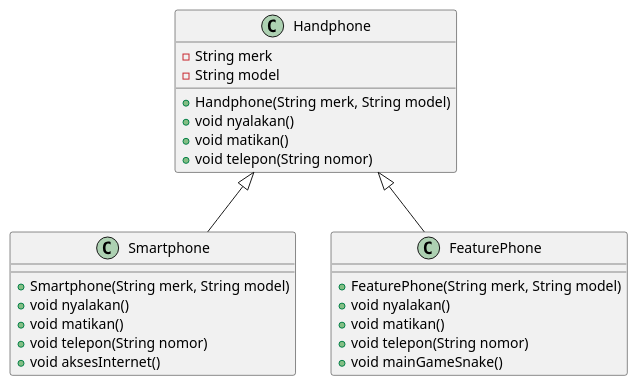
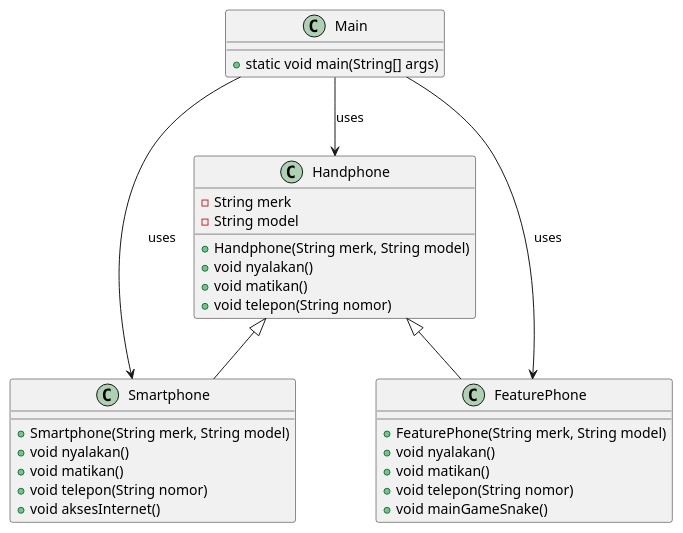
One commit to icen6/Tugas-PBO changed the diagram in Tugas-Polymorphism/handphone.puml. Above: the diagram before and after it, drawn with PlantUML.

```diff
--- a/Tugas-Polymorphism/handphone.puml
+++ b/Tugas-Polymorphism/handphone.puml
@@ -1,29 +1,36 @@
 @startuml
+class Main {
+    + static void main(String[] args)
+}
+
 class Handphone {
     - String merk
     - String model
     + Handphone(String merk, String model)
     + void nyalakan()
     + void matikan()
     + void telepon(String nomor)
 }
 
 class Smartphone {
     + Smartphone(String merk, String model)
     + void nyalakan()
     + void matikan()
     + void telepon(String nomor)
     + void aksesInternet()
 }
 
 class FeaturePhone {
     + FeaturePhone(String merk, String model)
     + void nyalakan()
     + void matikan()
     + void telepon(String nomor)
     + void mainGameSnake()
 }
 
+Main --> Handphone :uses
+Main --> Smartphone :uses 
+Main --> FeaturePhone :uses 
 Handphone <|-- Smartphone
 Handphone <|-- FeaturePhone
 @enduml
```
